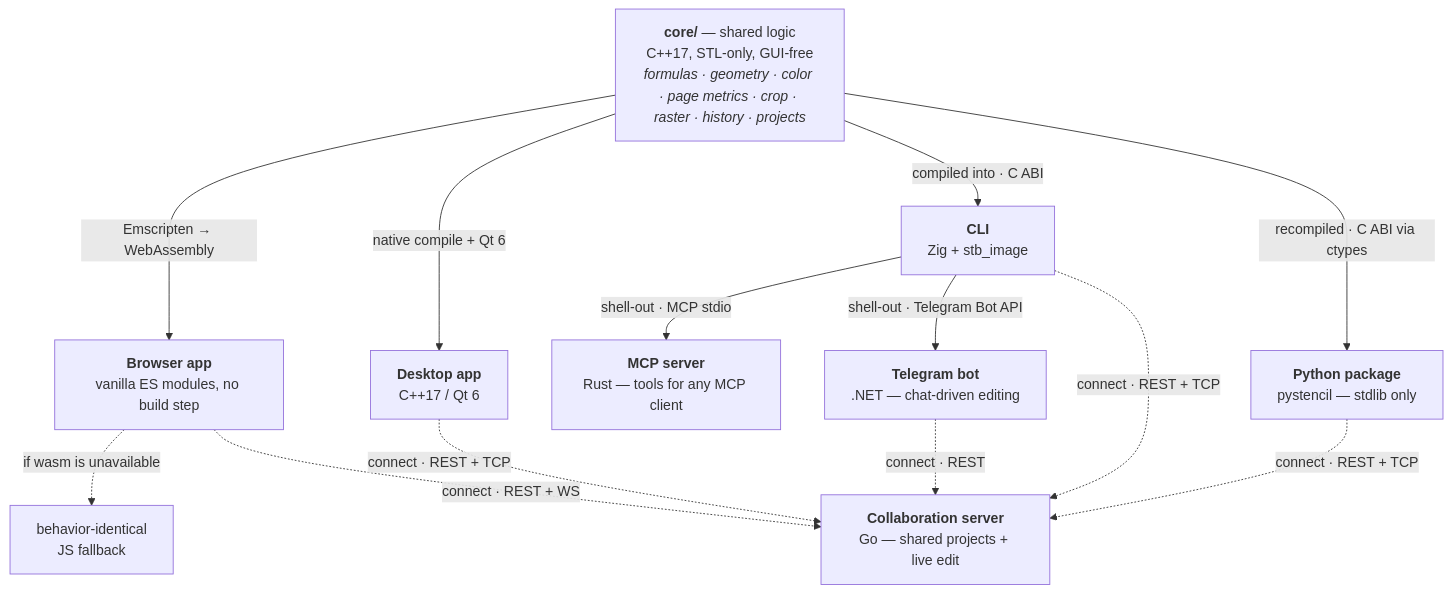
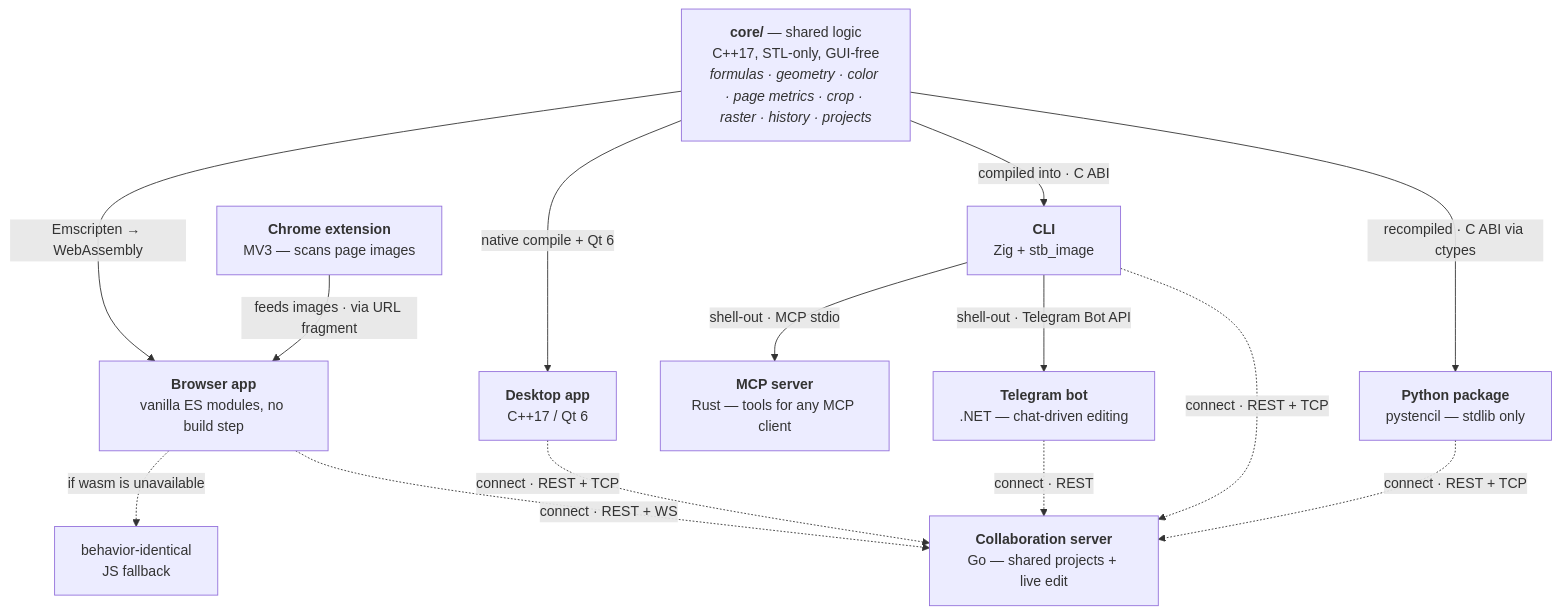
Before and after one commit to andrew1407/stencil: the diagram in README.md, drawn with Mermaid. The commit also changed other lines of this file and 21 other files, not shown here.

````diff
--- a/README.md
+++ b/README.md
@@ -32,16 +34,27 @@
 ```mermaid
 graph TD
     CORE["<b>core/</b> — shared logic<br/>C++17, STL-only, GUI-free<br/><i>formulas · geometry · color · page metrics · crop · raster · history · projects</i>"]
     CORE -->|"Emscripten → WebAssembly"| WEB["<b>Browser app</b><br/>vanilla ES modules, no build step"]
     CORE -->|"native compile + Qt 6"| DESK["<b>Desktop app</b><br/>C++17 / Qt 6"]
     CORE -->|"compiled into · C ABI"| CLI["<b>CLI</b><br/>Zig + stb_image"]
     CORE -->|"recompiled · C ABI via ctypes"| PY["<b>Python package</b><br/>pystencil — stdlib only"]
     WEB -.->|"if wasm is unavailable"| FB["behavior-identical<br/>JS fallback"]
+    EXT["<b>Chrome extension</b><br/>MV3 — scans page images"] -->|"feeds images · via URL fragment"| WEB
     CLI -->|"shell-out · MCP stdio"| MCP["<b>MCP server</b><br/>Rust — tools for any MCP client"]
     CLI -->|"shell-out · Telegram Bot API"| BOT["<b>Telegram bot</b><br/>.NET — chat-driven editing"]
     WEB -.->|"connect · REST + WS"| SRV["<b>Collaboration server</b><br/>Go — shared projects + live edit"]
     DESK -.->|"connect · REST + TCP"| SRV
     CLI -.->|"connect · REST + TCP"| SRV
     PY -.->|"connect · REST + TCP"| SRV
     BOT -.->|"connect · REST"| SRV
+
+    click CORE "core/README.md#architecture" "Shared core architecture"
+    click WEB "browser/README.md#architecture" "Browser app architecture"
+    click DESK "desktop/README.md#architecture" "Desktop app architecture"
+    click CLI "cli/README.md#architecture" "CLI architecture"
+    click PY "pystencil/README.md#architecture" "Python package architecture"
+    click EXT "extension/README.md#architecture" "Chrome extension architecture"
+    click MCP "mcp/README.md#architecture" "MCP server architecture"
+    click BOT "bot/README.md#architecture" "Telegram bot architecture"
+    click SRV "server/README.md#architecture" "Collaboration server architecture"
 ```
````
